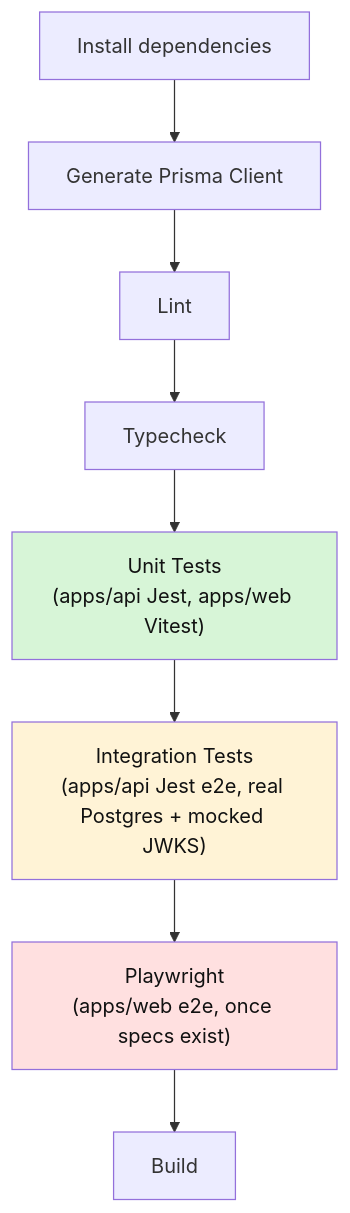
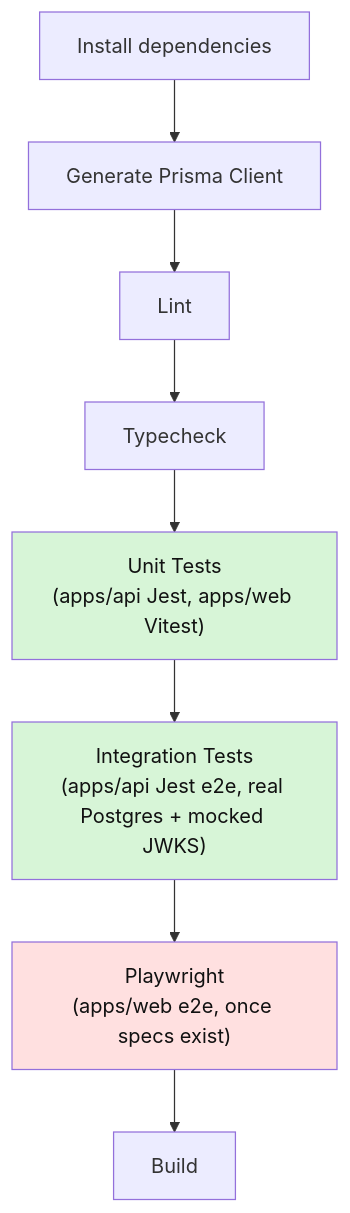
Before and after one commit to lakhaniyash/Smartsense-marketplace: the second of 2 diagrams in docs/testing.md, drawn with Mermaid. The commit also changed other lines of this file and 5 other files, not shown here.

````diff
--- a/docs/testing.md
+++ b/docs/testing.md
@@ -365,14 +365,14 @@
 ```mermaid
 flowchart TD
     A["Install dependencies"] --> B["Generate Prisma Client"]
     B --> C["Lint"]
     C --> D["Typecheck"]
     D --> E["Unit Tests<br/>(apps/api Jest, apps/web Vitest)"]
     E --> F["Integration Tests<br/>(apps/api Jest e2e, real Postgres + mocked JWKS)"]
     F --> G["Playwright<br/>(apps/web e2e, once specs exist)"]
     G --> H["Build"]
 
     style E fill:#d7f5d7,color:#111
-    style F fill:#fff3d6,color:#111
+    style F fill:#d7f5d7,color:#111
     style G fill:#ffe0e0,color:#111
 ```
````
